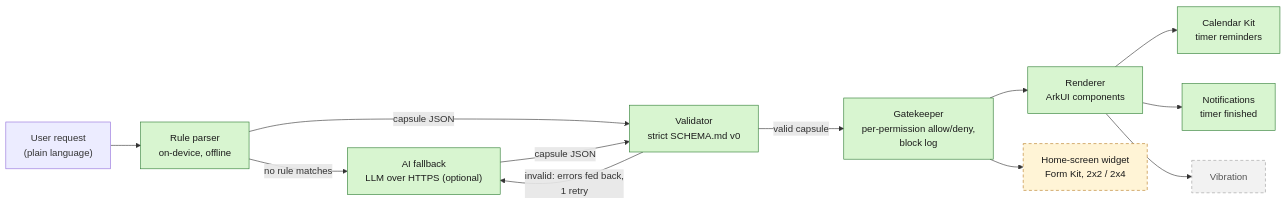
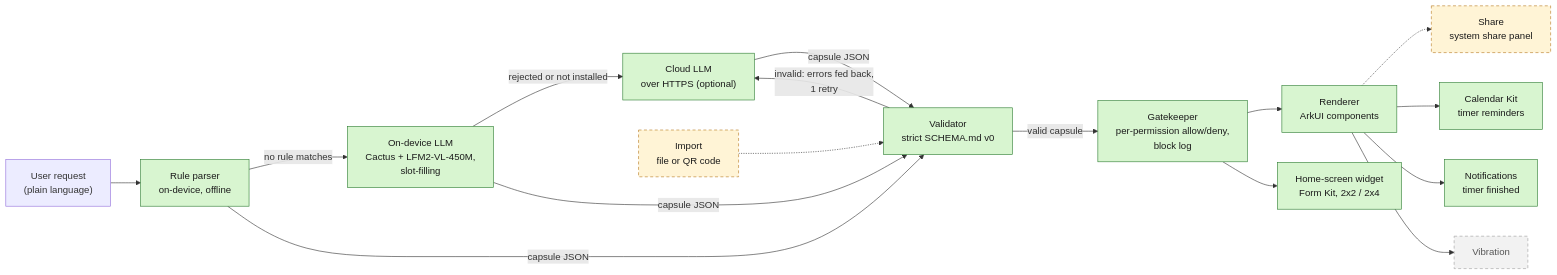
The diagram in README.md (Akshaz7/capsules-harmonyos), drawn with Mermaid before and after one commit. The commit also changed other lines of this file, not shown here.

Commit message:
docs: README adds on-device Cactus/LFM2 tier, sharing, verified widget; 63 tests with 2 stale failures

````diff
--- a/README.md
+++ b/README.md
@@ -22,21 +22,25 @@
 ```mermaid
 flowchart LR
     R["User request<br/>(plain language)"] --> P["Rule parser<br/>on-device, offline"]
-    P -- "no rule matches" --> AI["AI fallback<br/>LLM over HTTPS (optional)"]
+    P -- "no rule matches" --> OD["On-device LLM<br/>Cactus + LFM2-VL-450M,<br/>slot-filling"]
+    OD -- "rejected or not installed" --> AI["Cloud LLM<br/>over HTTPS (optional)"]
     P -- "capsule JSON" --> V["Validator<br/>strict SCHEMA.md v0"]
+    OD -- "capsule JSON" --> V
     AI -- "capsule JSON" --> V
+    IM["Import<br/>file or QR code"] -.-> V
+    RN -.-> EX["Share<br/>system share panel"]
     V -- "invalid: errors fed back,<br/>1 retry" --> AI
     V -- "valid capsule" --> G["Gatekeeper<br/>per-permission allow/deny,<br/>block log"]
     G --> RN["Renderer<br/>ArkUI components"]
     RN --> CAL["Calendar Kit<br/>timer reminders"]
     RN --> N["Notifications<br/>timer finished"]
     RN --> VB["Vibration"]
     G --> W["Home-screen widget<br/>Form Kit, 2x2 / 2x4"]
 
     classDef built fill:#d8f5d0,stroke:#2e7d32,color:#1b1b1b
     classDef planned fill:#f2f2f2,stroke:#9e9e9e,stroke-dasharray:5 4,color:#555
     classDef unverified fill:#fff4d6,stroke:#b7791f,stroke-dasharray:5 4,color:#1b1b1b
-    class P,AI,V,G,RN,CAL,N built
+    class P,OD,AI,V,G,RN,CAL,N,W built
     class VB planned
-    class W unverified
+    class IM,EX unverified
 ```
````
